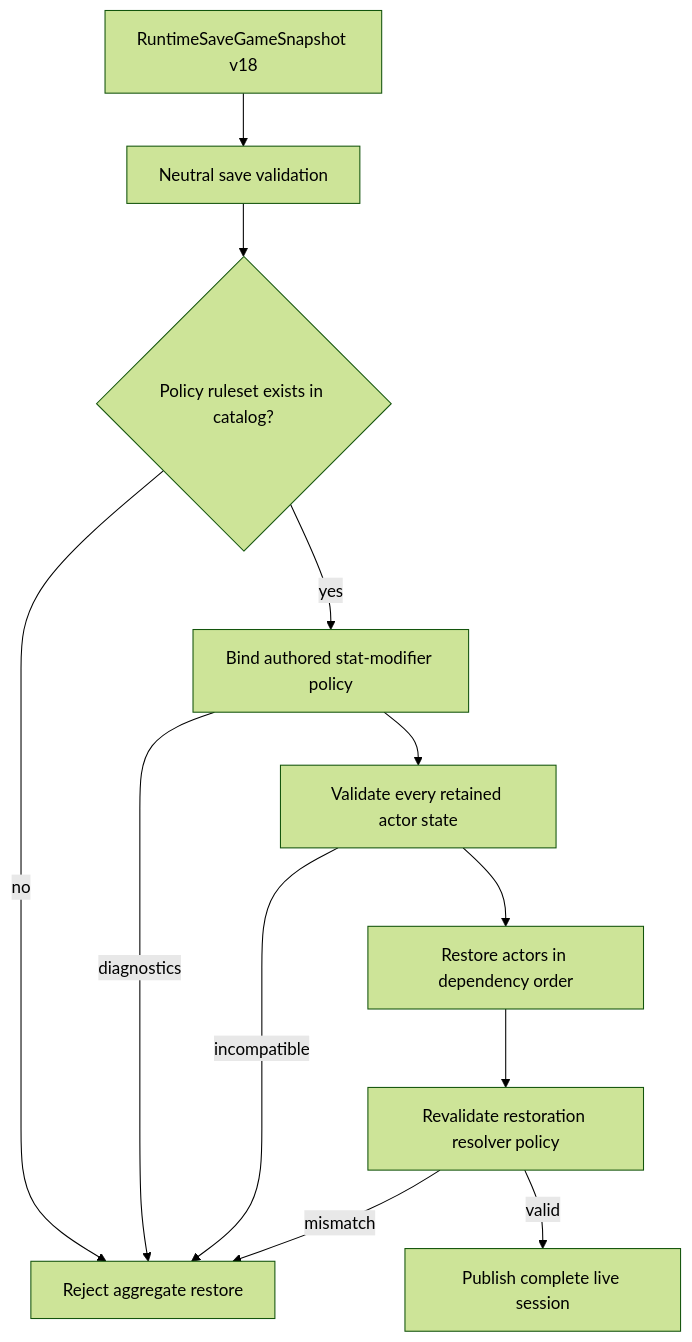
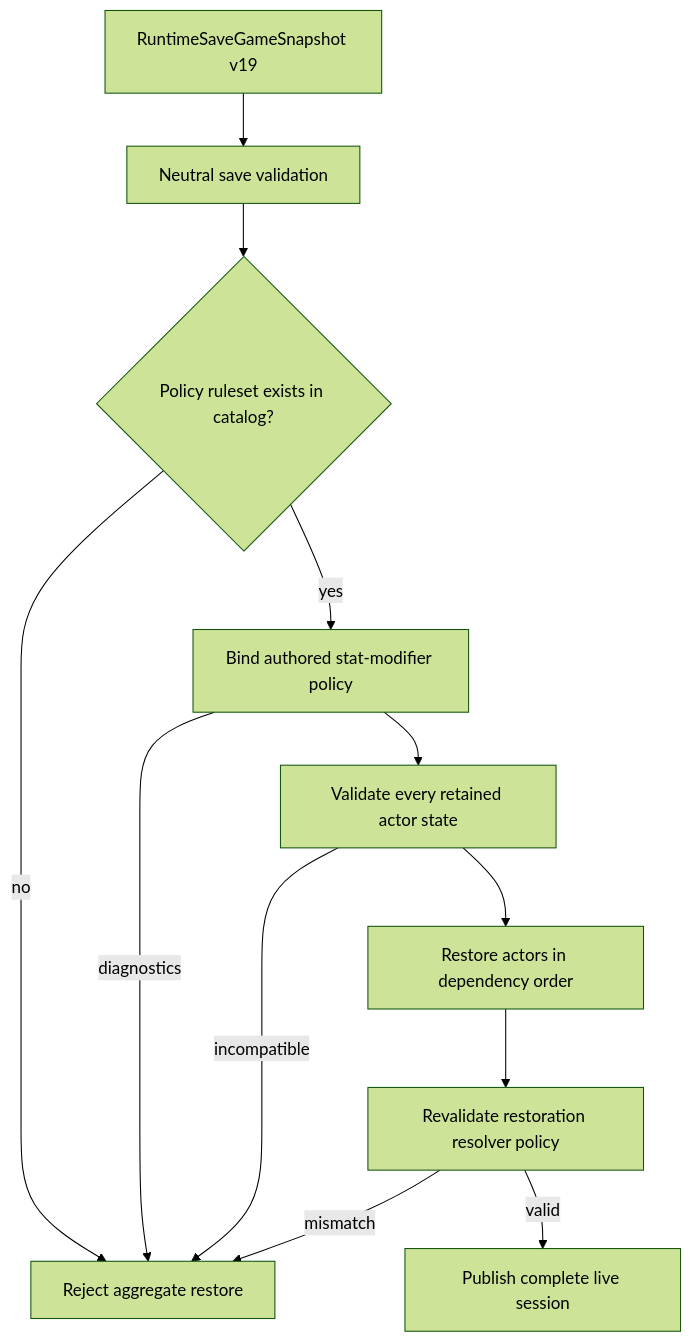
One commit to KayelC/Convergence changed the seventh of 7 diagrams in docs/technical/stat-modifier-policy-runtime.md. Above: the diagram before and after it, drawn with Mermaid (forest theme). The commit also changed other lines of this file and 27 other files, not shown here.

````diff
--- a/docs/technical/stat-modifier-policy-runtime.md
+++ b/docs/technical/stat-modifier-policy-runtime.md
@@ -329,14 +329,14 @@
 ```mermaid
 flowchart TD
-    S["RuntimeSaveGameSnapshot v18"] --> N["Neutral save validation"]
+    S["RuntimeSaveGameSnapshot v19"] --> N["Neutral save validation"]
     N --> C{"Policy ruleset exists in catalog?"}
     C -->|"no"| R["Reject aggregate restore"]
     C -->|"yes"| B["Bind authored stat-modifier policy"]
     B -->|"diagnostics"| R
     B --> V["Validate every retained actor state"]
     V -->|"incompatible"| R
     V --> A["Restore actors in dependency order"]
     A --> Q["Revalidate restoration resolver policy"]
     Q -->|"mismatch"| R
     Q -->|"valid"| L["Publish complete live session"]
 ```
````
